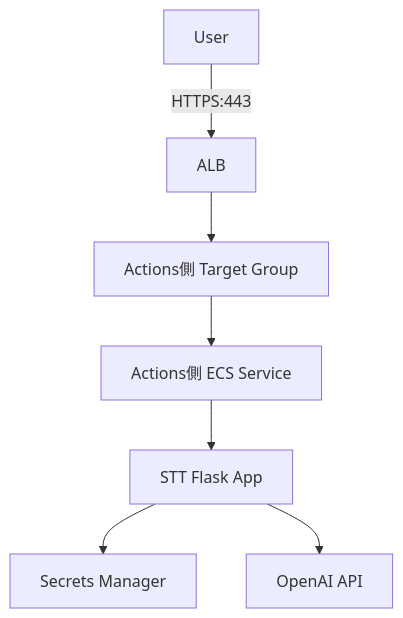
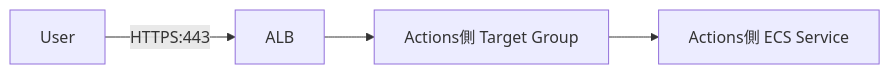
Before and after one commit to qp-git/engineer-portfolio: the first of 4 diagrams in projects/stt-ecs-cicd-migration/architecture.md, drawn with Mermaid. The commit also changed other lines of this file, not shown here.

Commit message:
docs: simplify STT ECS migration architecture flow

````diff
--- a/projects/stt-ecs-cicd-migration/architecture.md
+++ b/projects/stt-ecs-cicd-migration/architecture.md
@@ -17,9 +17,6 @@
 ```mermaid
-flowchart TB
+flowchart LR
     User[User] -->|HTTPS:443| ALB[ALB]
     ALB --> ActionsTG[Actions側 Target Group]
     ActionsTG --> ActionsSvc[Actions側 ECS Service]
-    ActionsSvc --> App[STT Flask App]
-    App --> Secrets[Secrets Manager]
-    App --> OpenAI[OpenAI API]
 ```
````
